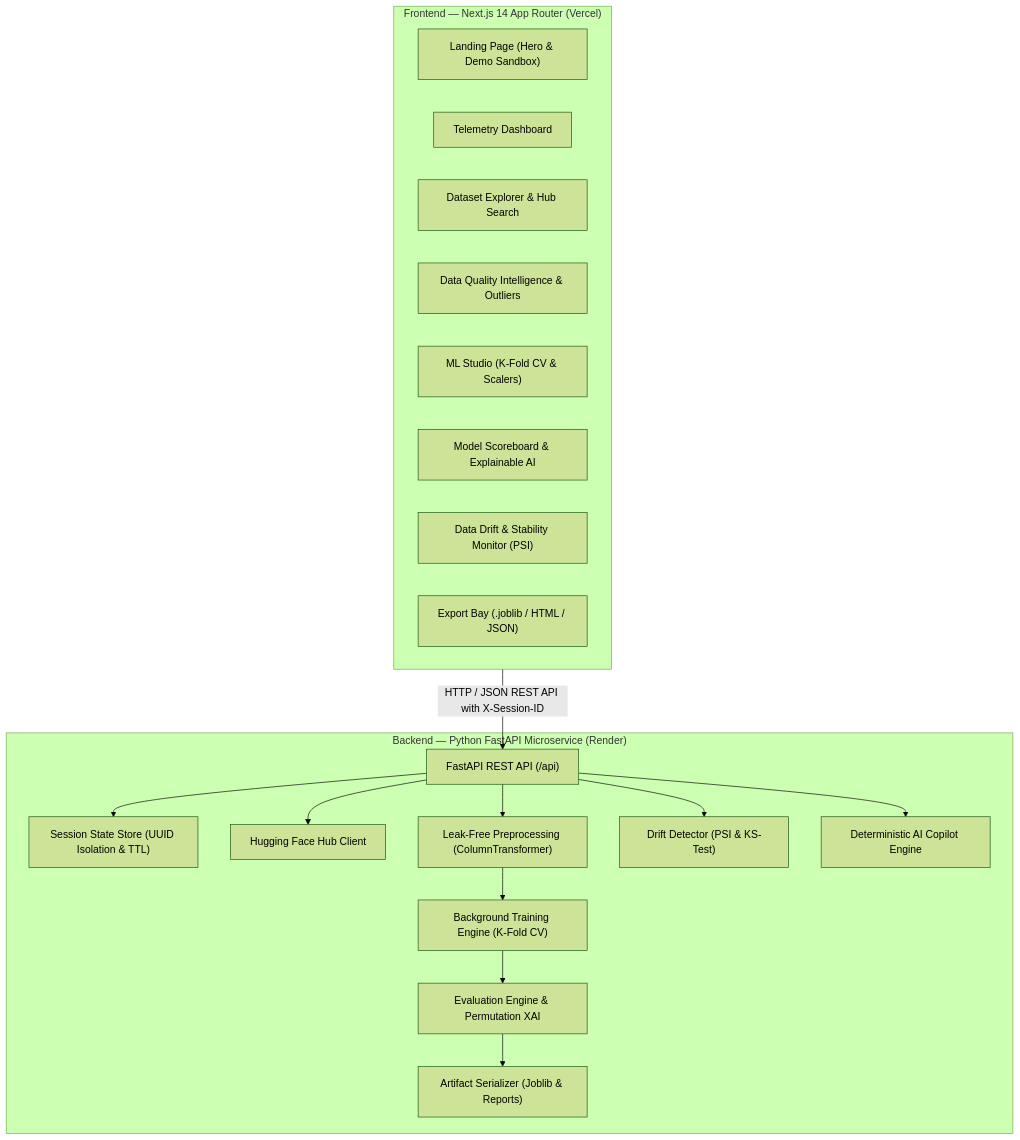
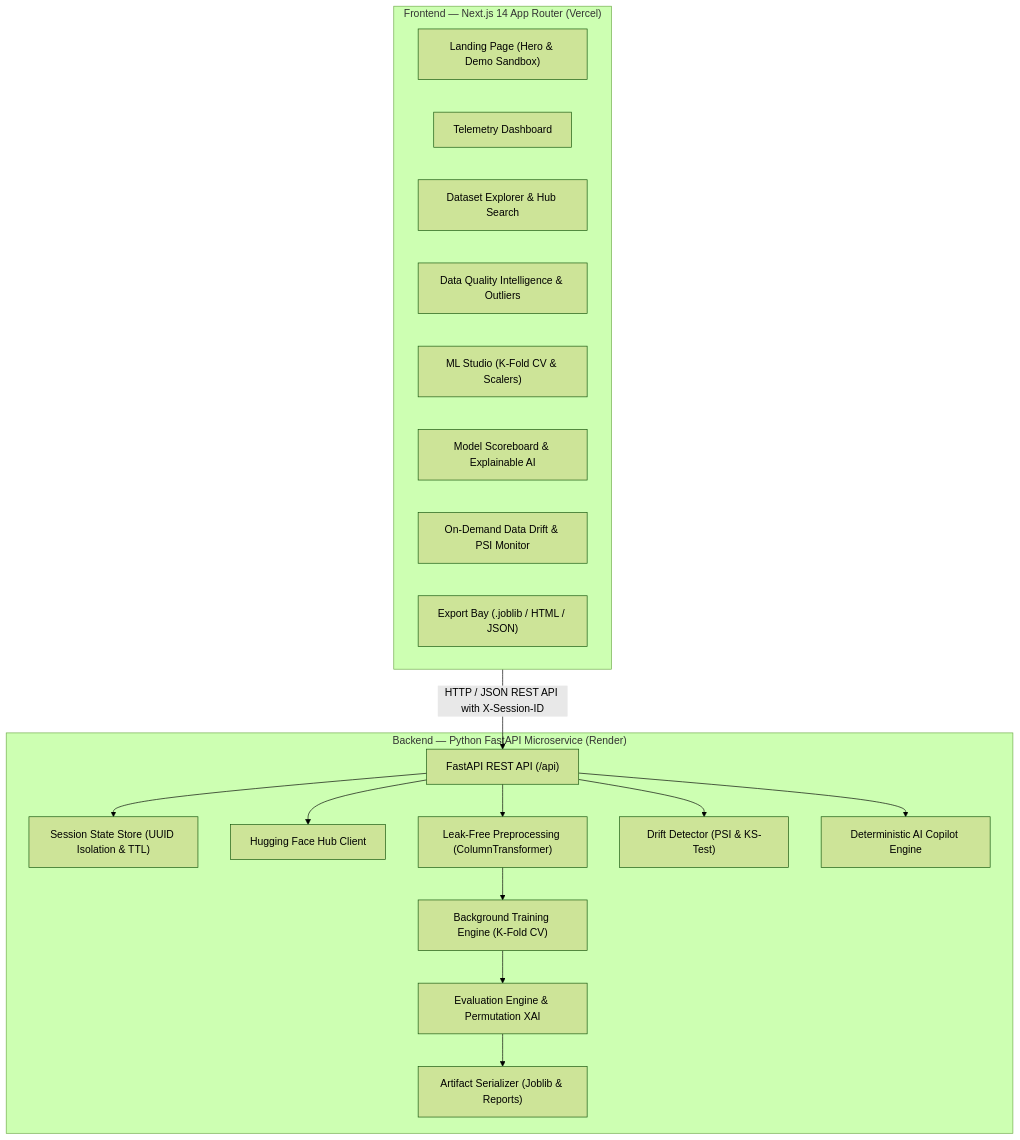
The diagram in README.md (deepakpradhan1021/OpenDataLens), drawn with Mermaid (forest theme) before and after one commit. The commit also changed other lines of this file and 19 other files, not shown here.

````diff
--- a/README.md
+++ b/README.md
@@ -45,35 +50,35 @@
 ```mermaid
 flowchart TD
     subgraph Frontend["Frontend — Next.js 14 App Router (Vercel)"]
         LANDING["Landing Page (Hero & Demo Sandbox)"]
         DASH["Telemetry Dashboard"]
         EXP["Dataset Explorer & Hub Search"]
         QUAL["Data Quality Intelligence & Outliers"]
         STUDIO["ML Studio (K-Fold CV & Scalers)"]
         COMP["Model Scoreboard & Explainable AI"]
-        DRIFT["Data Drift & Stability Monitor (PSI)"]
+        DRIFT["On-Demand Data Drift & PSI Monitor"]
         REP["Export Bay (.joblib / HTML / JSON)"]
     end
 
     subgraph Backend["Backend — Python FastAPI Microservice (Render)"]
         ROUTER["FastAPI REST API (/api)"]
         SESSION["Session State Store (UUID Isolation & TTL)"]
         HF_CLIENT["Hugging Face Hub Client"]
         PREPROC["Leak-Free Preprocessing (ColumnTransformer)"]
         TRAINER["Background Training Engine (K-Fold CV)"]
         EVAL["Evaluation Engine & Permutation XAI"]
         DRIFT_ENG["Drift Detector (PSI & KS-Test)"]
         COPILOT["Deterministic AI Copilot Engine"]
         EXPORTER["Artifact Serializer (Joblib & Reports)"]
     end
 
     Frontend -->|HTTP / JSON REST API with X-Session-ID| ROUTER
     ROUTER --> SESSION
     ROUTER --> HF_CLIENT
     ROUTER --> PREPROC
     ROUTER --> DRIFT_ENG
     ROUTER --> COPILOT
     PREPROC --> TRAINER
     TRAINER --> EVAL
     EVAL --> EXPORTER
 ```
````
